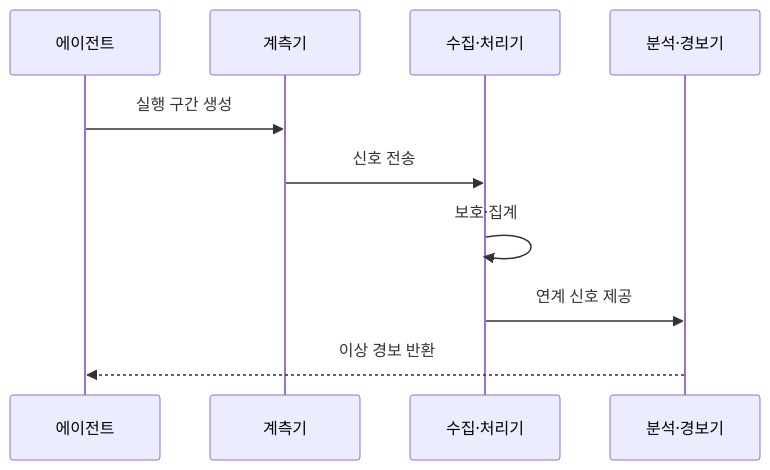
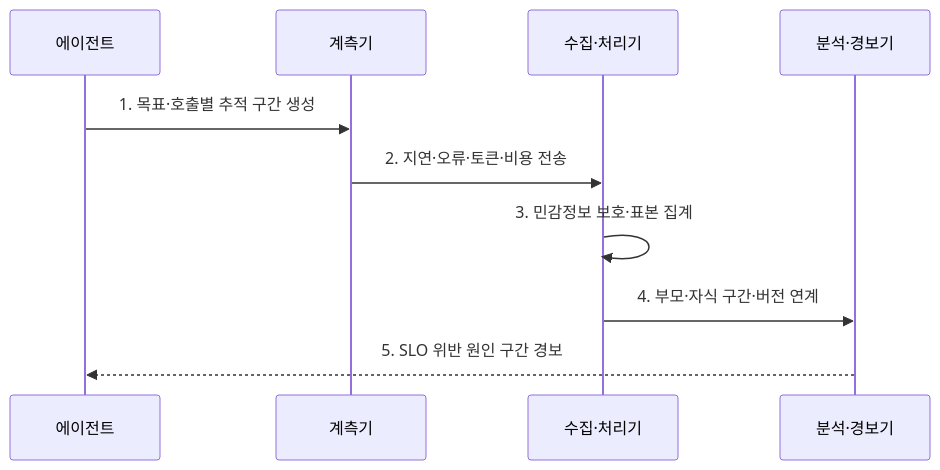
Before and after one commit to agnusdei1207/knowledge-base: the second of 2 diagrams in src/content/docs/notes/08-latest-tech/023_agent_observability.md, drawn with Mermaid. The commit also changed other lines of this file and 26 other files, not shown here.

````diff
--- a/src/content/docs/notes/08-latest-tech/023_agent_observability.md
+++ b/src/content/docs/notes/08-latest-tech/023_agent_observability.md
@@ -79,12 +73,12 @@
 ```mermaid
 sequenceDiagram
     participant A as 에이전트
     participant I as 계측기
     participant C as 수집·처리기
     participant V as 분석·경보기
-    A->>I: 실행 구간 생성
-    I->>C: 신호 전송
-    C->>C: 보호·집계
-    C->>V: 연계 신호 제공
-    V-->>A: 이상 경보 반환
+    A->>I: 1. 목표·호출별 추적 구간 생성
+    I->>C: 2. 지연·오류·토큰·비용 전송
+    C->>C: 3. 민감정보 보호·표본 집계
+    C->>V: 4. 부모·자식 구간·버전 연계
+    V-->>A: 5. SLO 위반 원인 구간 경보
 ```
````
